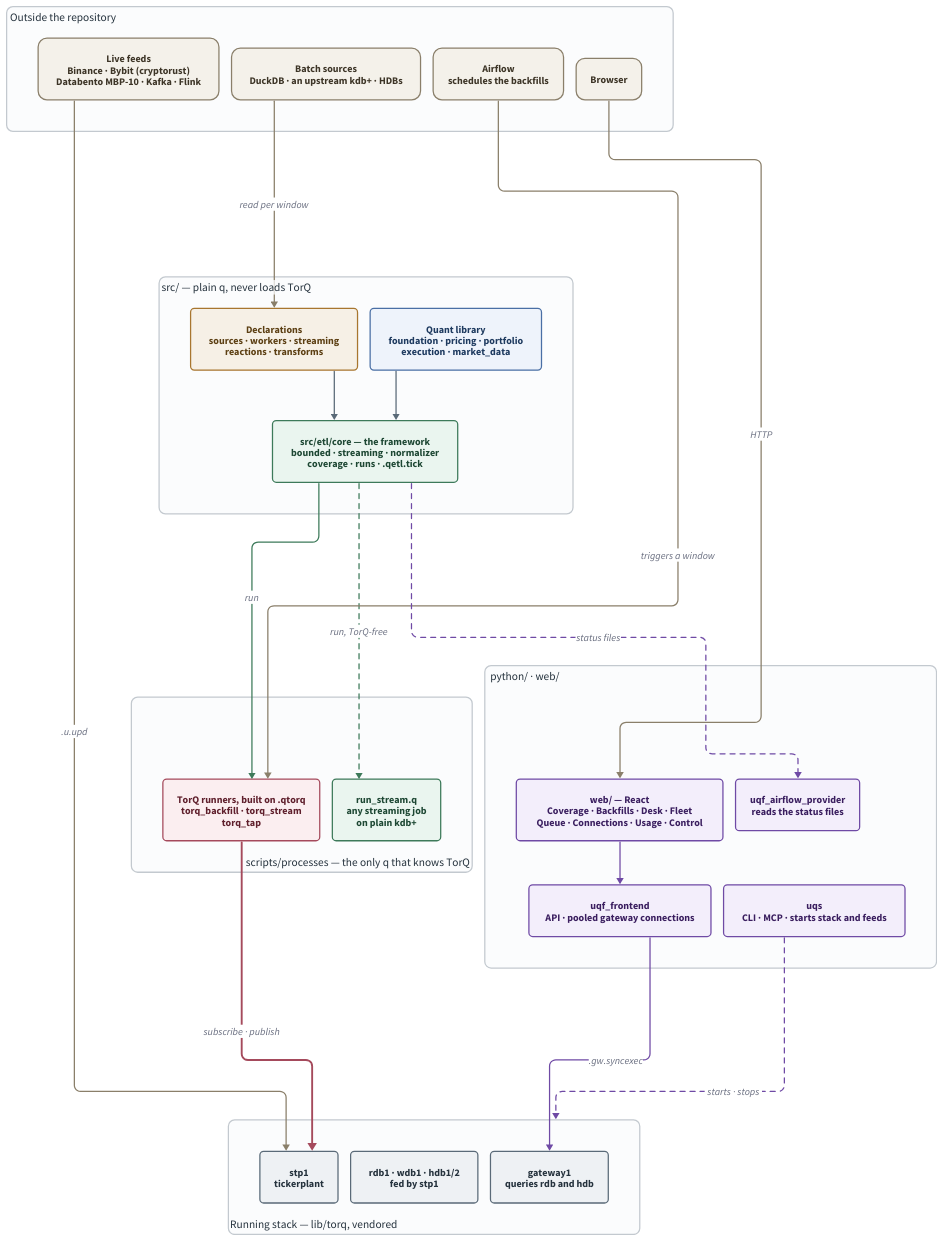
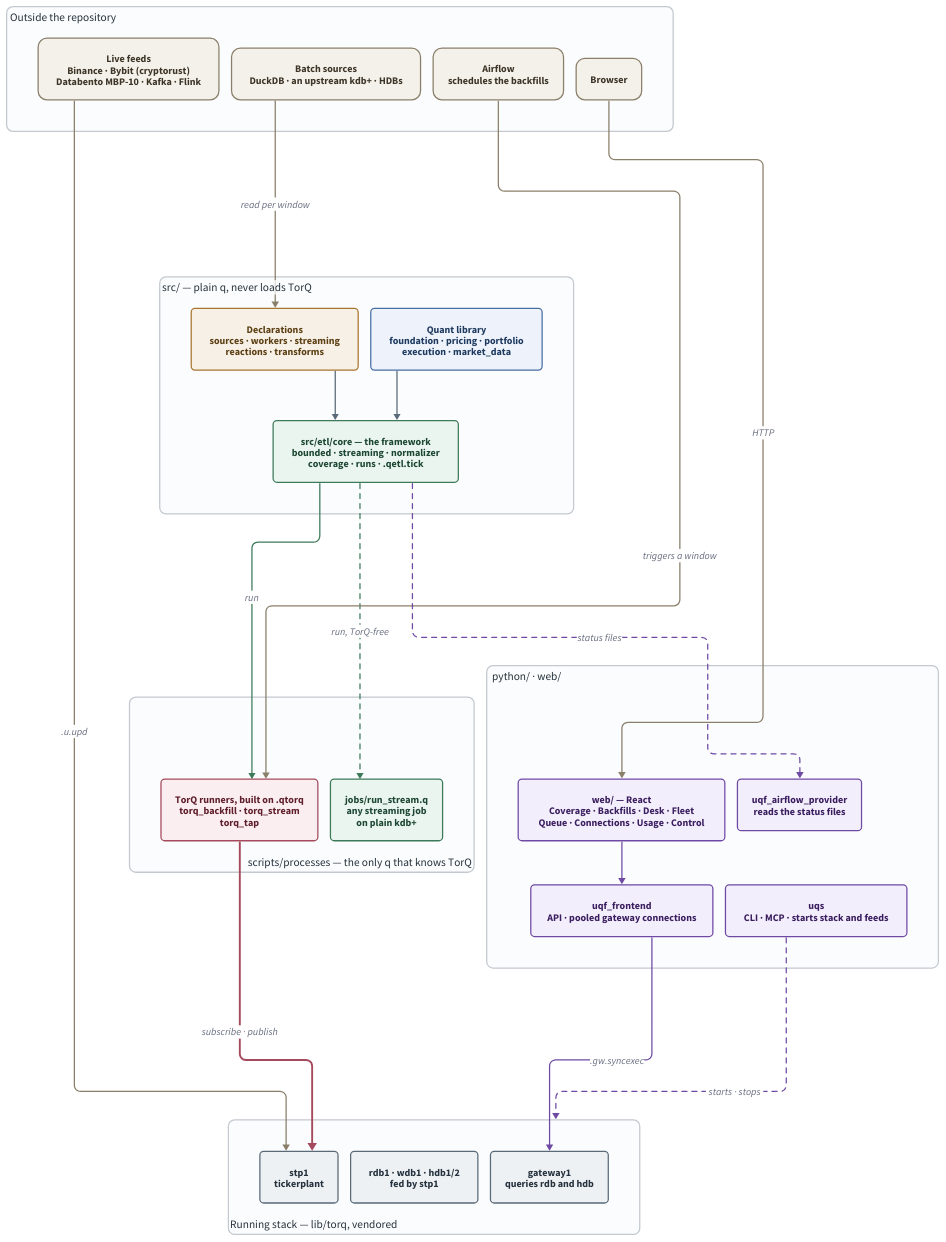
The diagram in docs/diagrams/repo-overview.d2 (kwojdalski/uqf), drawn with D2 before and after one commit. The commit also changed 55 other files, not shown here.

First line of the commit message:
Scripts naming pass: scripts/bench, run_stream beside run_backfill, uqs_housekeeping_config, no test_ prefix on tools (#2713)

```diff
--- a/docs/diagrams/repo-overview.d2
+++ b/docs/diagrams/repo-overview.d2
@@ -20,9 +20,9 @@
 # build on .qtorq (torq_pipeline.q) - and scripts/gates/check.py etl-layering
 # fails the build if anything under src/etl/ reaches for it. So the runners
 # get their own band, and the pipeline's only arrow into the stack leaves
-# from there. run_stream.q sits beside them because it is a runner too, but
-# it runs a streaming job on stock kdb+ against .qetl.tick and never loads
-# lib/torq.
+# from there. run_stream.q (scripts/jobs/) is drawn beside them because it is
+# a runner too, but it runs a streaming job on stock kdb+ against
+# .qetl.tick and never loads lib/torq.
 #
 # THE LIVE FEEDS DO NOT GO THROUGH src/. The cryptorust recorders, the
 # Databento handler and the Kafka consumer are external publishers that uqs
@@ -171,7 +171,7 @@
   label.near: bottom-right
 
   runners: "TorQ runners, built on .qtorq\ntorq_backfill · torq_stream\ntorq_tap" { class: adapter }
-  standalone: "run_stream.q\nany streaming job\non plain kdb+" { class: fw }
+  standalone: "jobs/run_stream.q\nany streaming job\non plain kdb+" { class: fw }
 }
 
 stack: "Running stack — lib/torq, vendored" {
```
